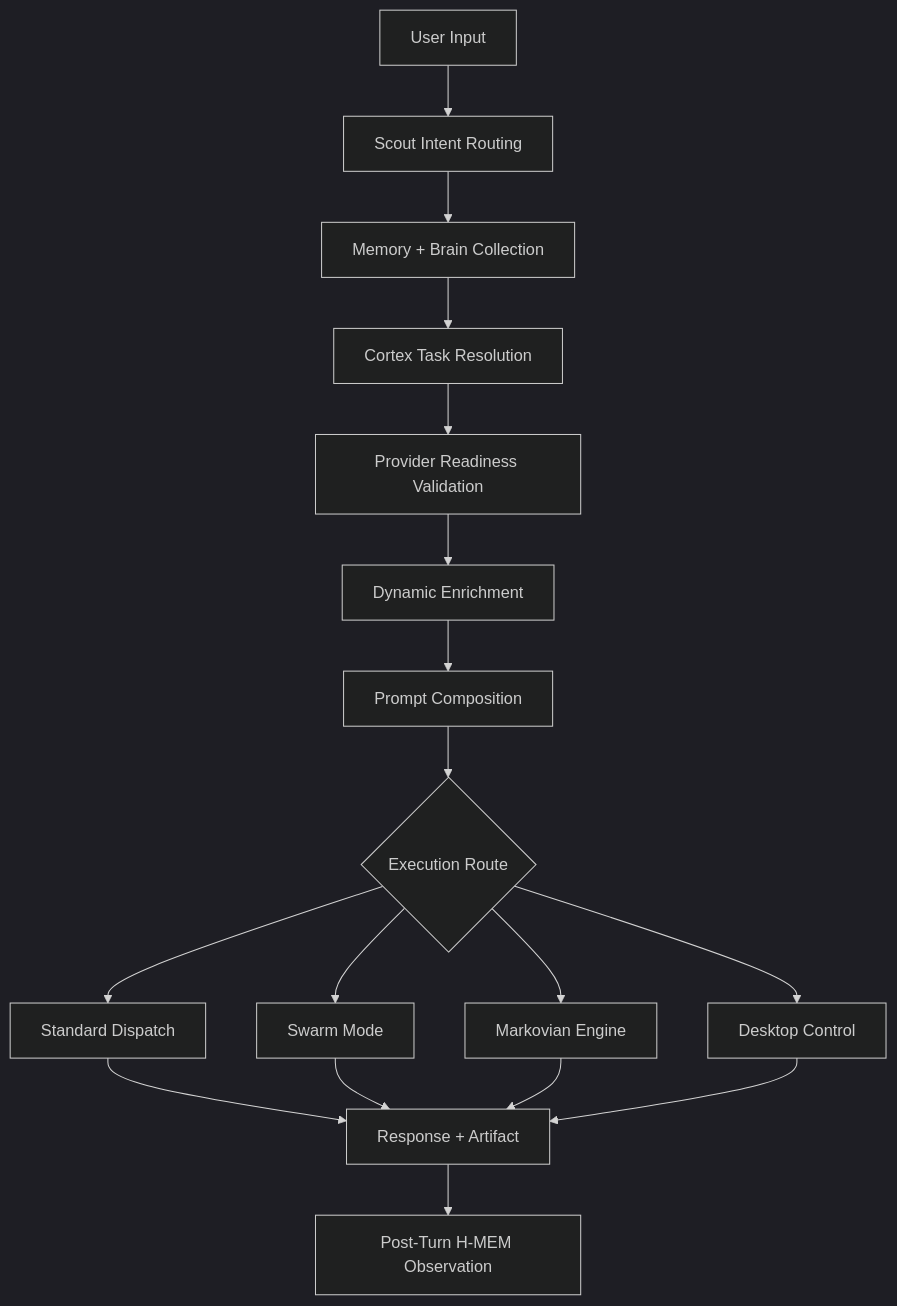
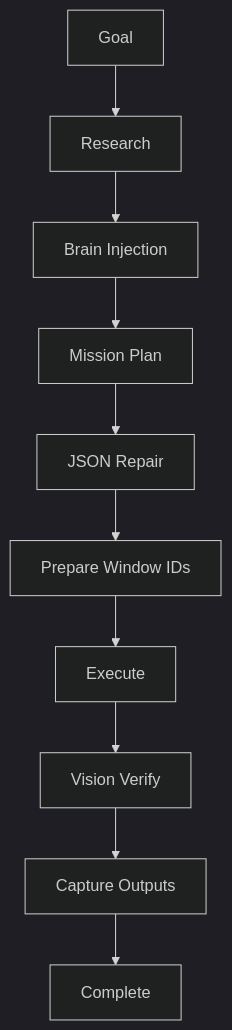
One commit to Meterless/Relay changed the first of 2 diagrams in README.md. Above: the diagram before and after it, drawn with Mermaid (dark theme). The commit also changed other lines of this file, not shown here.

````diff
--- a/README.md
+++ b/README.md
@@ -104,19 +110,12 @@
 ```mermaid
 flowchart TD
-  A[User Input] --> B[Scout Intent Routing]
-  B --> C[Memory + Brain Collection]
-  C --> D[Cortex Task Resolution]
-  D --> E[Provider Readiness Validation]
-  E --> F[Dynamic Enrichment]
-  F --> G[Prompt Composition]
-  G --> H{Execution Route}
-  H --> I[Standard Dispatch]
-  H --> J[Swarm Mode]
-  H --> K[Markovian Engine]
-  H --> L[Desktop Control]
-  I --> M[Response + Artifact]
-  J --> M
-  K --> M
-  L --> M
-  M --> N[Post-Turn H-MEM Observation]
+  A[Goal] --> B[Research]
+  B --> C[Brain Injection]
+  C --> D[Mission Plan]
+  D --> E[JSON Repair]
+  E --> F[Prepare Window IDs]
+  F --> G[Execute]
+  G --> H[Vision Verify]
+  H --> I[Capture Outputs]
+  I --> J[Complete]
 ```
````
